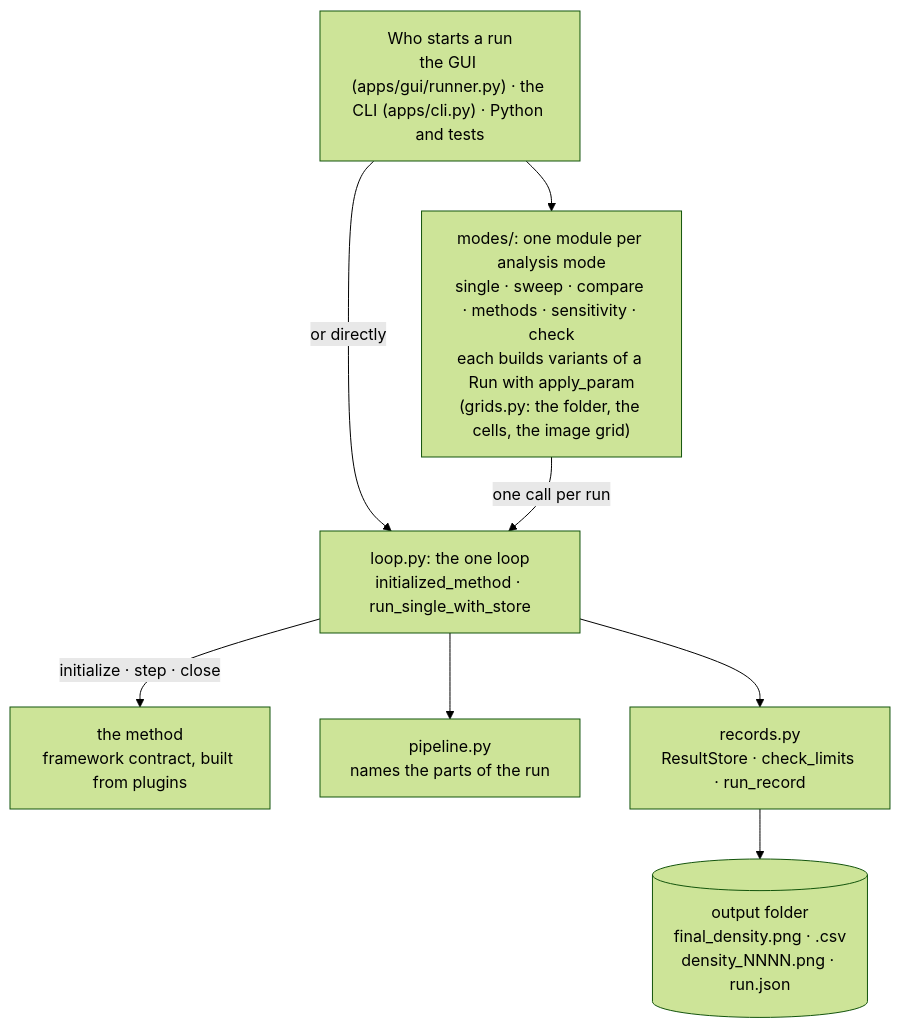
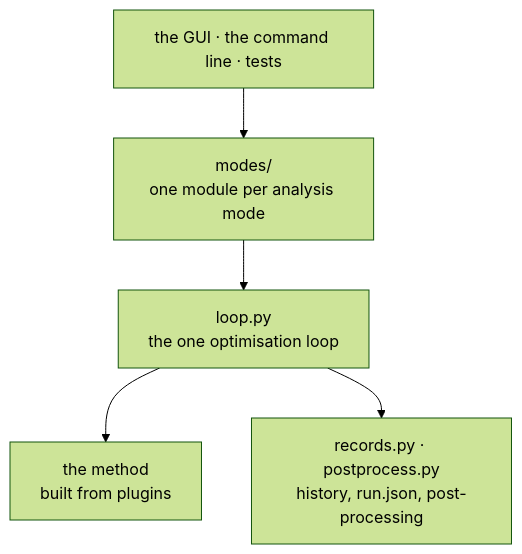
The first of 2 diagrams in toporia/engine/README.md (Toporia/Toporia-launcher), drawn with Mermaid (forest theme) before and after one commit. The commit also changed other lines of this file and 48 other files, not shown here.

````diff
--- a/toporia/engine/README.md
+++ b/toporia/engine/README.md
@@ -32,18 +32,10 @@
 ```mermaid
 flowchart TB
-    callers["Who starts a run<br/>the GUI (apps/gui/runner.py) · the CLI (apps/cli.py) · Python and tests"]
-    modes["modes/: one module per analysis mode<br/>single · sweep · compare · methods · sensitivity · check<br/>each builds variants of a Run with apply_param<br/>(grids.py: the folder, the cells, the image grid)"]
-    loop["loop.py: the one loop<br/>initialized_method · run_single_with_store"]
-    method["the method<br/>framework contract, built from plugins"]
-    pipeline["pipeline.py<br/>names the parts of the run"]
-    records["records.py<br/>ResultStore · check_limits · run_record"]
-    disk[("output folder<br/>final_density.png · .csv<br/>density_NNNN.png · run.json")]
-
-    callers --> modes
-    callers -- "or directly" --> loop
-    modes -- "one call per run" --> loop
-    loop -- "initialize · step · close" --> method
-    loop --> pipeline
+    callers["the GUI · the command line · tests"]
+    modes["modes/<br/>one module per analysis mode"]
+    loop["loop.py<br/>the one optimisation loop"]
+    method["the method<br/>built from plugins"]
+    records["records.py · postprocess.py<br/>history, run.json, post-processing"]
+    callers --> modes --> loop --> method
     loop --> records
-    records --> disk
 ```
````
